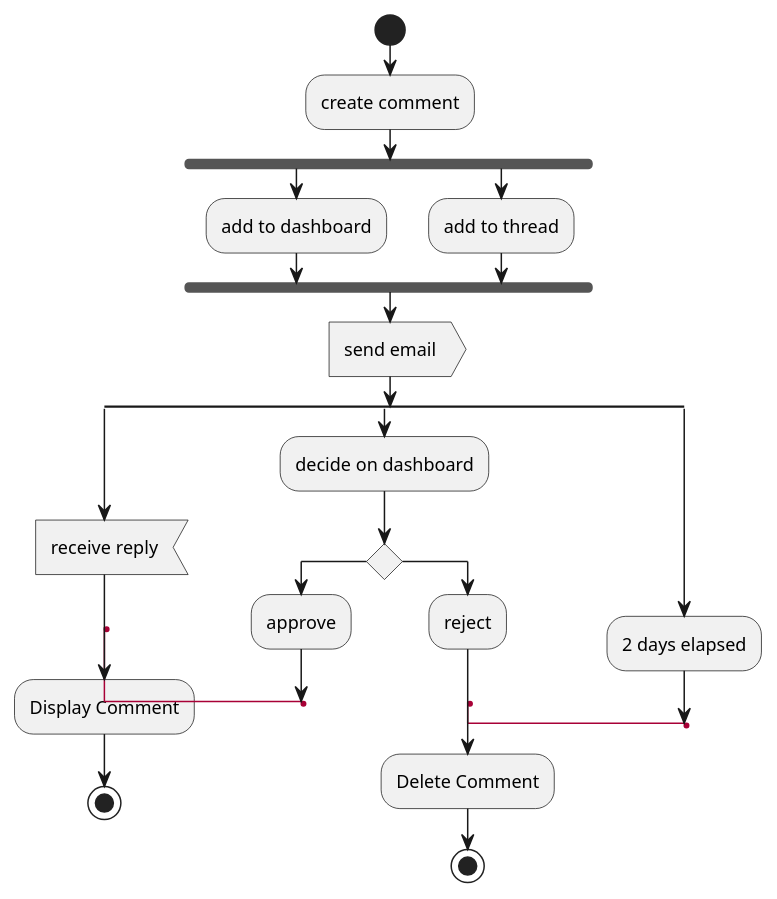
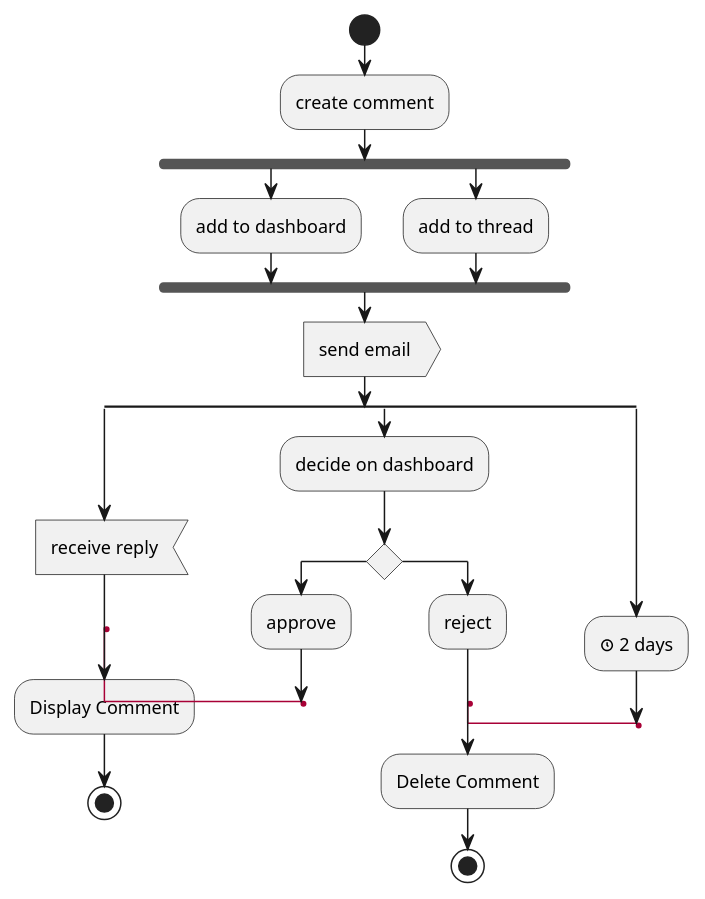
Before and after one commit to oli-clarke/plantUML-training: the diagram in activityDiagram.puml, drawn with PlantUML.

Commit message:
Nice little feature: OpenIconic support

```diff
--- a/activityDiagram.puml
+++ b/activityDiagram.puml
@@ -1,35 +1,35 @@
 @startuml beta syntax
 
 start
 :create comment;
 fork
     :add to dashboard;
 fork again
     :add to thread;
 end fork
 :send email>
 split
     :receive reply<
     label approve
     :Display Comment;
     stop
 
 split again
     :decide on dashboard;
     if () then
         :approve;
         goto approve
     else
         :reject;
         label reject
         :Delete Comment;
         stop
     endif
 
 split again
-    :2 days elapsed;
+    :<&clock> 2 days;
     goto reject
 
 end split
 
 @enduml
```
